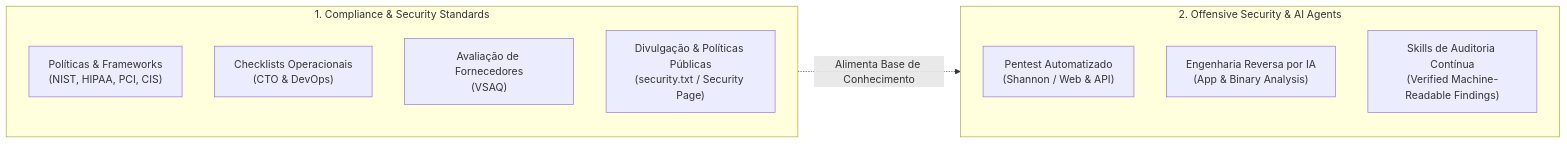
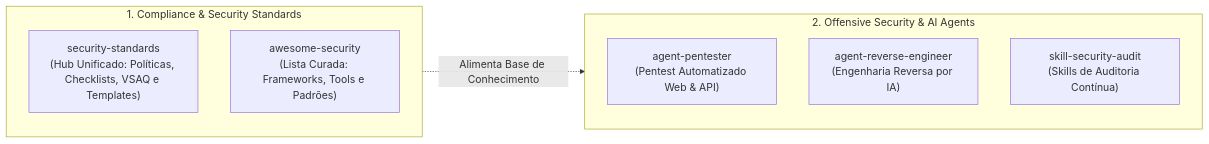
One commit to SecurityStandards/.github changed the diagram in profile/README.md. Above: the diagram before and after it, drawn with Mermaid. The commit also changed other lines of this file, not shown here.

Commit message:
docs(profile): update organization map with security-standards and awesome-security

````diff
--- a/profile/README.md
+++ b/profile/README.md
@@ -11,19 +11,17 @@
 ```mermaid
 flowchart LR
     subgraph Governance["1. Compliance & Security Standards"]
         direction TB
-        P1["Políticas & Frameworks<br/>(NIST, HIPAA, PCI, CIS)"]
-        P2["Checklists Operacionais<br/>(CTO & DevOps)"]
-        P3["Avaliação de Fornecedores<br/>(VSAQ)"]
-        P4["Divulgação & Políticas Públicas<br/>(security.txt / Security Page)"]
+        P1["security-standards<br/>(Hub Unificado: Políticas, Checklists, VSAQ e Templates)"]
+        P2["awesome-security<br/>(Lista Curada: Frameworks, Tools e Padrões)"]
     end
 
     subgraph Agents["2. Offensive Security & AI Agents"]
         direction TB
-        A1["Pentest Automatizado<br/>(Shannon / Web & API)"]
-        A2["Engenharia Reversa por IA<br/>(App & Binary Analysis)"]
-        A3["Skills de Auditoria Contínua<br/>(Verified Machine-Readable Findings)"]
+        A1["agent-pentester<br/>(Pentest Automatizado Web & API)"]
+        A2["agent-reverse-engineer<br/>(Engenharia Reversa por IA)"]
+        A3["skill-security-audit<br/>(Skills de Auditoria Contínua)"]
     end
 
     Governance -.->|Alimenta Base de Conhecimento| Agents
 ```
````
